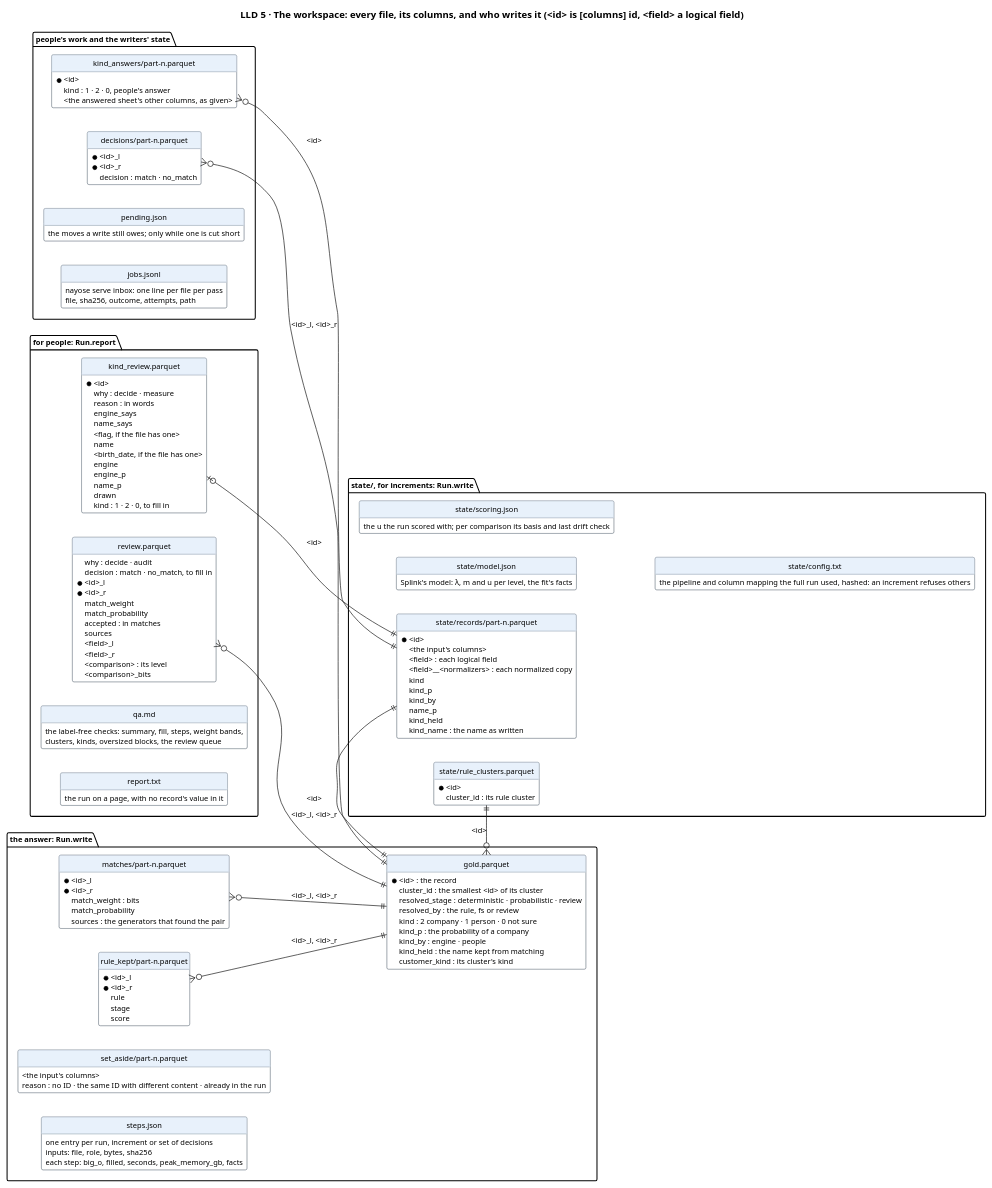
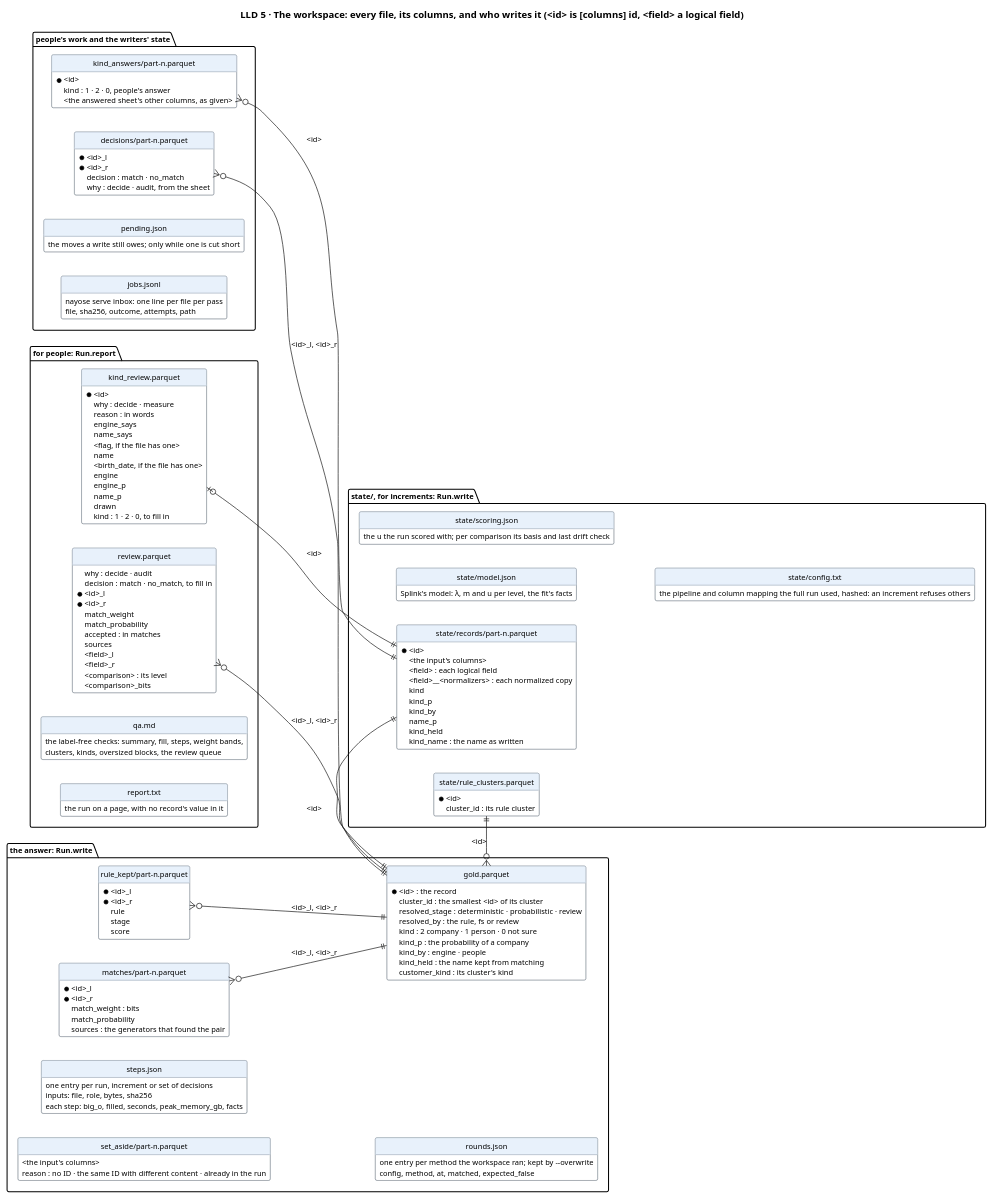
Before and after one commit to mvsbm/entity_matching: the diagram in docs/diagrams/data.puml, drawn with PlantUML. The commit also changed 17 other files, not shown here.

First line of the commit message:
Improve matching, the engine: a workspace's method, its rounds, and what people's decisions say

```diff
--- a/docs/diagrams/data.puml
+++ b/docs/diagrams/data.puml
@@ -1,146 +1,152 @@
 @startuml data
 title LLD 5 · The workspace: every file, its columns, and who writes it (<id> is [columns] id, <field> a logical field)
 set namespaceSeparator none
 left to right direction
 hide circle
 hide methods
 skinparam defaultFontSize 11
 skinparam class {
   BackgroundColor #FFFFFF
   BorderColor #65717E
   HeaderBackgroundColor #E8F1FB
 }
 
 package "the answer: Run.write" {
   entity "gold.parquet" as gold {
     * <id> : the record
     cluster_id : the smallest <id> of its cluster
     resolved_stage : deterministic · probabilistic · review
     resolved_by : the rule, fs or review
     kind : 2 company · 1 person · 0 not sure
     kind_p : the probability of a company
     kind_by : engine · people
     kind_held : the name kept from matching
     customer_kind : its cluster's kind
   }
   entity "matches/part-n.parquet" as matches {
     * <id>_l
     * <id>_r
     match_weight : bits
     match_probability
     sources : the generators that found the pair
   }
   entity "rule_kept/part-n.parquet" as rule_kept {
     * <id>_l
     * <id>_r
     rule
     stage
     score
   }
   entity "set_aside/part-n.parquet" as set_aside {
     <the input's columns>
     reason : no ID · the same ID with different content · already in the run
   }
   entity "steps.json" as steps {
     one entry per run, increment or set of decisions
     inputs: file, role, bytes, sha256
     each step: big_o, filled, seconds, peak_memory_gb, facts
+  }
+  entity "rounds.json" as rounds {
+    one entry per method the workspace ran; kept by --overwrite
+    config, method, at, matched, expected_false
   }
 }
 
 package "state/, for increments: Run.write" {
   entity "state/records/part-n.parquet" as records {
     * <id>
     <the input's columns>
     <field> : each logical field
     <field>__<normalizers> : each normalized copy
     kind
     kind_p
     kind_by
     name_p
     kind_held
     kind_name : the name as written
   }
   entity "state/rule_clusters.parquet" as rule_clusters {
     * <id>
     cluster_id : its rule cluster
   }
   entity "state/model.json" as model {
     Splink's model: λ, m and u per level, the fit's facts
   }
   entity "state/scoring.json" as scoring {
     the u the run scored with; per comparison its basis and last drift check
   }
   entity "state/config.txt" as config {
     the pipeline and column mapping the full run used, hashed: an increment refuses others
   }
 }
 
 package "for people: Run.report" {
   entity "review.parquet" as review {
     why : decide · audit
     decision : match · no_match, to fill in
     * <id>_l
     * <id>_r
     match_weight
     match_probability
     accepted : in matches
     sources
     <field>_l
     <field>_r
     <comparison> : its level
     <comparison>_bits
   }
   entity "kind_review.parquet" as kind_review {
     * <id>
     why : decide · measure
     reason : in words
     engine_says
     name_says
     <flag, if the file has one>
     name
     <birth_date, if the file has one>
     engine
     engine_p
     name_p
     drawn
     kind : 1 · 2 · 0, to fill in
   }
   entity "qa.md" as qa {
     the label-free checks: summary, fill, steps, weight bands,
     clusters, kinds, oversized blocks, the review queue
   }
   entity "report.txt" as report {
     the run on a page, with no record's value in it
   }
 }
 
 package "people's work and the writers' state" {
   entity "decisions/part-n.parquet" as decisions {
     * <id>_l
     * <id>_r
     decision : match · no_match
+    why : decide · audit, from the sheet
+    round : the round it was decided in (rounds.json)
   }
   entity "kind_answers/part-n.parquet" as kind_answers {
     * <id>
     kind : 1 · 2 · 0, people's answer
     <the answered sheet's other columns, as given>
   }
   entity "pending.json" as pending {
     the moves a write still owes; only while one is cut short
   }
   entity "jobs.jsonl" as jobs {
     nayose serve inbox: one line per file per pass
     file, sha256, outcome, attempts, path
   }
 }
 
 gold }o--|| rule_clusters : <id>
 matches }o--|| gold : <id>_l, <id>_r
 rule_kept }o--|| gold : <id>_l, <id>_r
 records ||--|| gold : <id>
 kind_answers }o--|| records : <id>
 review }o--|| gold : <id>_l, <id>_r
 kind_review |o--|| records : <id>
 decisions }o--|| gold : <id>_l, <id>_r
 @enduml
```
